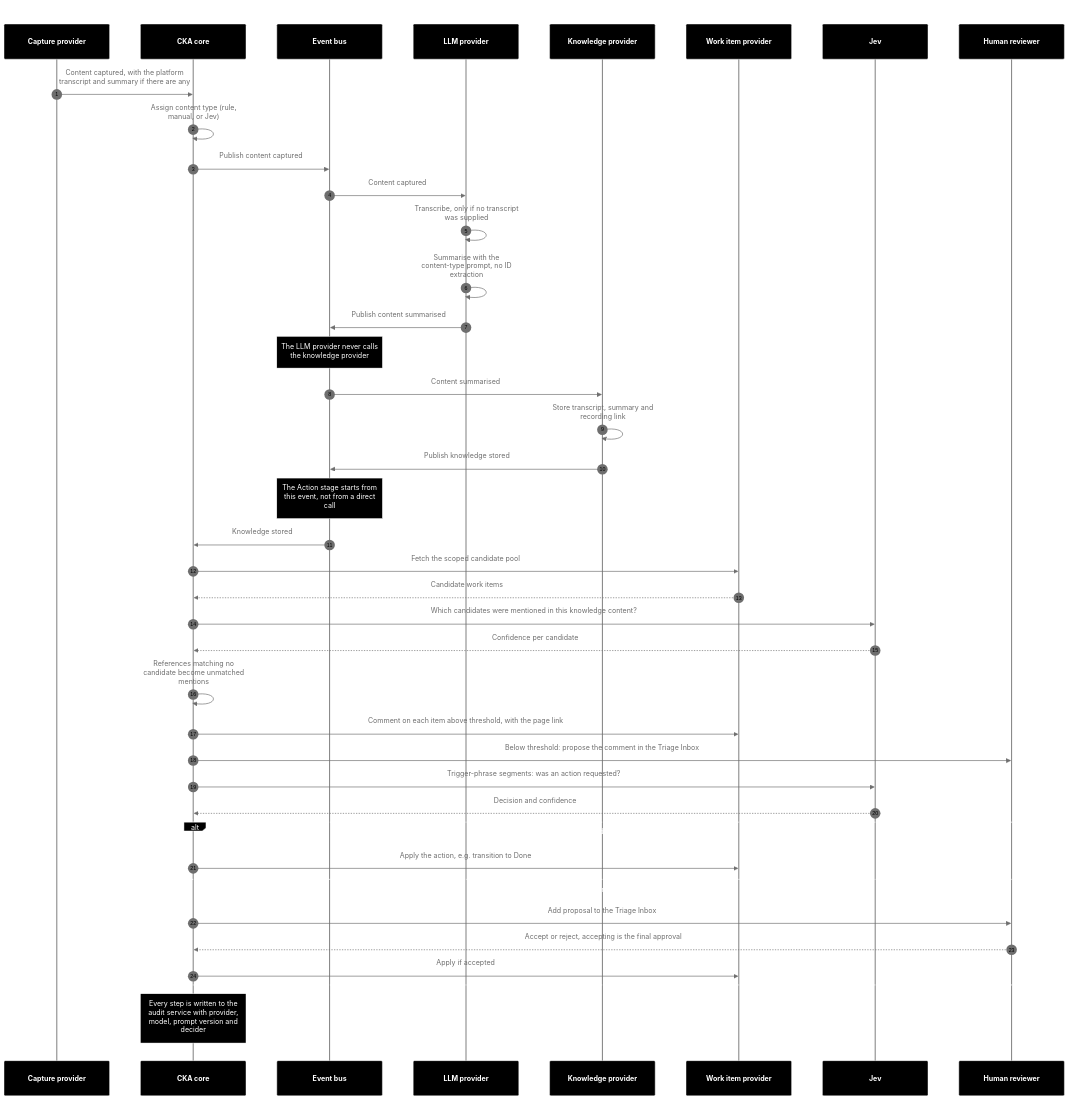
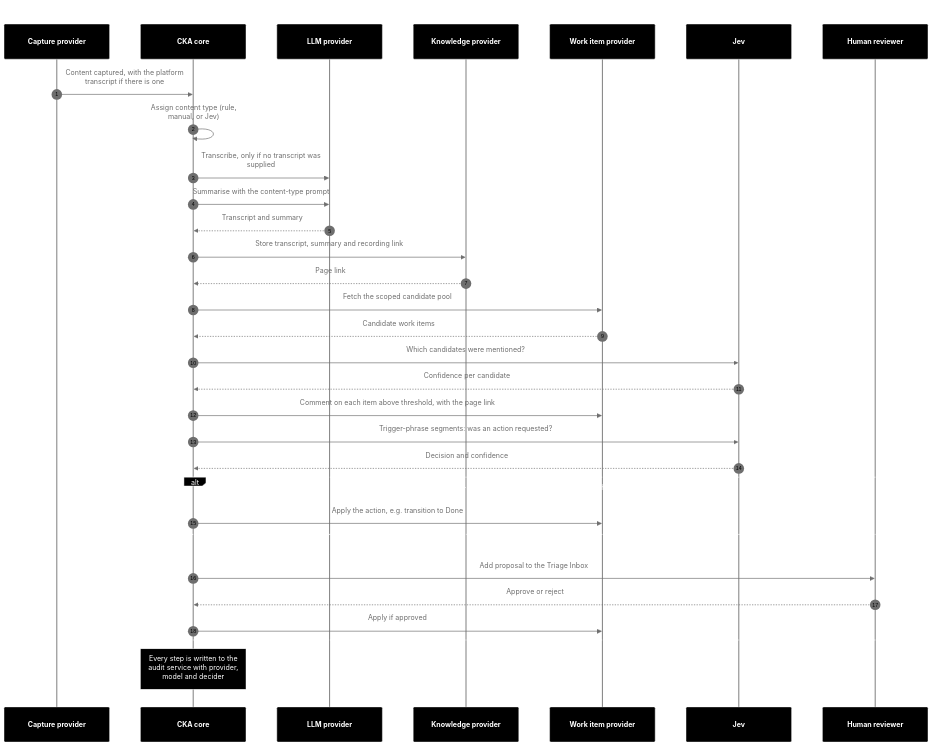
Before and after one commit to JamesTwisleton/capture-knowledge-action: the first of 4 diagrams in README.md, drawn with Mermaid. The commit also changed other lines of this file and 87 other files, not shown here.

````diff
--- a/README.md
+++ b/README.md
@@ -103,46 +100,37 @@
 ```mermaid
 ---
 title: J1 golden path, meeting to knowledge to actions
 ---
 %%{init: {"theme":"base","themeVariables":{"background":"#000000","fontSize":"20px","primaryColor":"#000000","primaryTextColor":"#ffffff","primaryBorderColor":"#ffffff","lineColor":"#6e6e6e","textColor":"#ffffff","titleColor":"#6e6e6e","actorBkg":"#000000","actorBorder":"#ffffff","actorTextColor":"#ffffff","actorLineColor":"#6e6e6e","signalColor":"#6e6e6e","signalTextColor":"#6e6e6e","labelBoxBkgColor":"#000000","labelBoxBorderColor":"#ffffff","labelTextColor":"#ffffff","loopTextColor":"#ffffff","noteBkgColor":"#000000","noteTextColor":"#ffffff","noteBorderColor":"#ffffff","activationBkgColor":"#000000","activationBorderColor":"#ffffff","sequenceNumberColor":"#000000"},"sequence":{"wrap":true,"width":240,"height":80,"actorMargin":70,"messageMargin":50,"boxMargin":20,"noteMargin":16,"actorFontSize":20,"actorFontWeight":"bold","messageFontSize":18,"noteFontSize":16},"themeCSS":"svg{background:#000000 !important;}"}}%%
 sequenceDiagram
   autonumber
   participant M as Capture provider
   participant C as CKA core
-  participant B as Event bus
   participant L as LLM provider
   participant K as Knowledge provider
   participant W as Work item provider
   participant J as Jev
   participant U as Human reviewer
-  M->>C: Content captured, with the platform transcript and summary if there are any
+  M->>C: Content captured, with the platform transcript if there is one
   C->>C: Assign content type (rule, manual, or Jev)
-  C->>B: Publish content captured
-  B->>L: Content captured
-  L->>L: Transcribe, only if no transcript was supplied
-  L->>L: Summarise with the content-type prompt, no ID extraction
-  L->>B: Publish content summarised
-  Note over B: The LLM provider never calls the knowledge provider
-  B->>K: Content summarised
-  K->>K: Store transcript, summary and recording link
-  K->>B: Publish knowledge stored
-  Note over B: The Action stage starts from this event, not from a direct call
-  B->>C: Knowledge stored
+  C->>L: Transcribe, only if no transcript was supplied
+  C->>L: Summarise with the content-type prompt
+  L-->>C: Transcript and summary
+  C->>K: Store transcript, summary and recording link
+  K-->>C: Page link
   C->>W: Fetch the scoped candidate pool
   W-->>C: Candidate work items
-  C->>J: Which candidates were mentioned in this knowledge content?
+  C->>J: Which candidates were mentioned?
   J-->>C: Confidence per candidate
-  C->>C: References matching no candidate become unmatched mentions
   C->>W: Comment on each item above threshold, with the page link
-  C->>U: Below threshold: propose the comment in the Triage Inbox
   C->>J: Trigger-phrase segments: was an action requested?
   J-->>C: Decision and confidence
   alt Auto-approve allowed and confidence clears the threshold
     C->>W: Apply the action, e.g. transition to Done
   else Review required
     C->>U: Add proposal to the Triage Inbox
-    U-->>C: Accept or reject, accepting is the final approval
-    C->>W: Apply if accepted
+    U-->>C: Approve or reject
+    C->>W: Apply if approved
   end
-  Note over C: Every step is written to the audit service with provider, model, prompt version and decider
+  Note over C: Every step is written to the audit service with provider, model and decider
 ```
````
